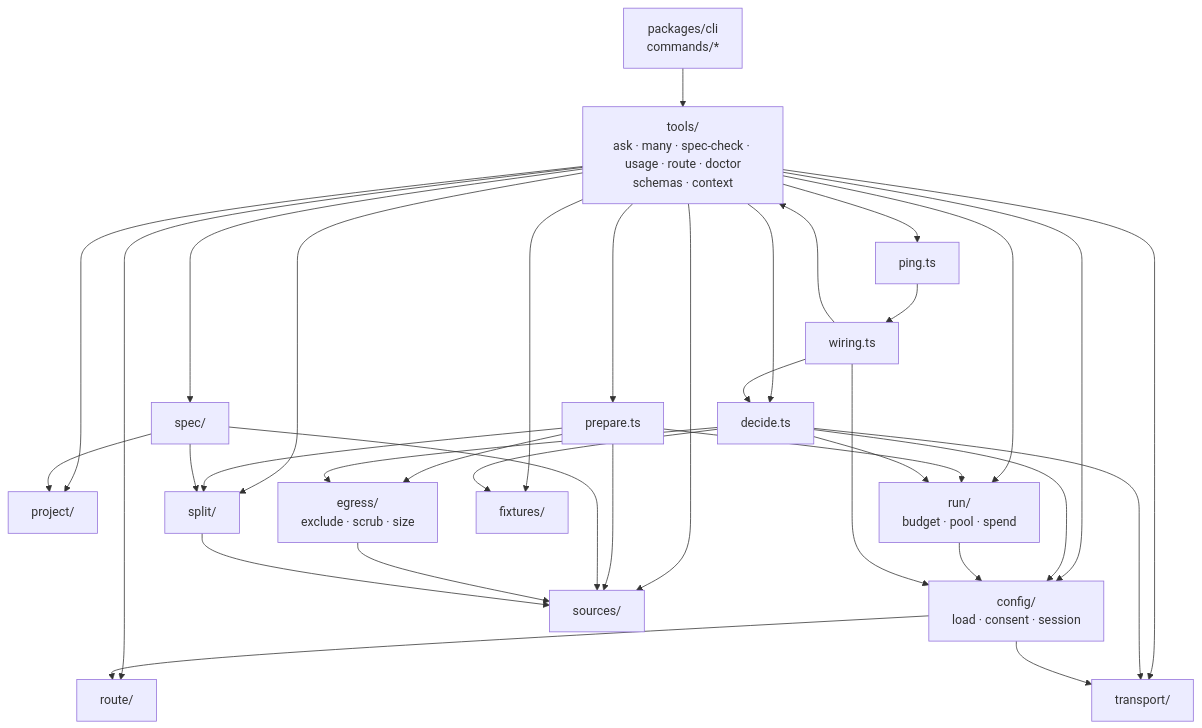
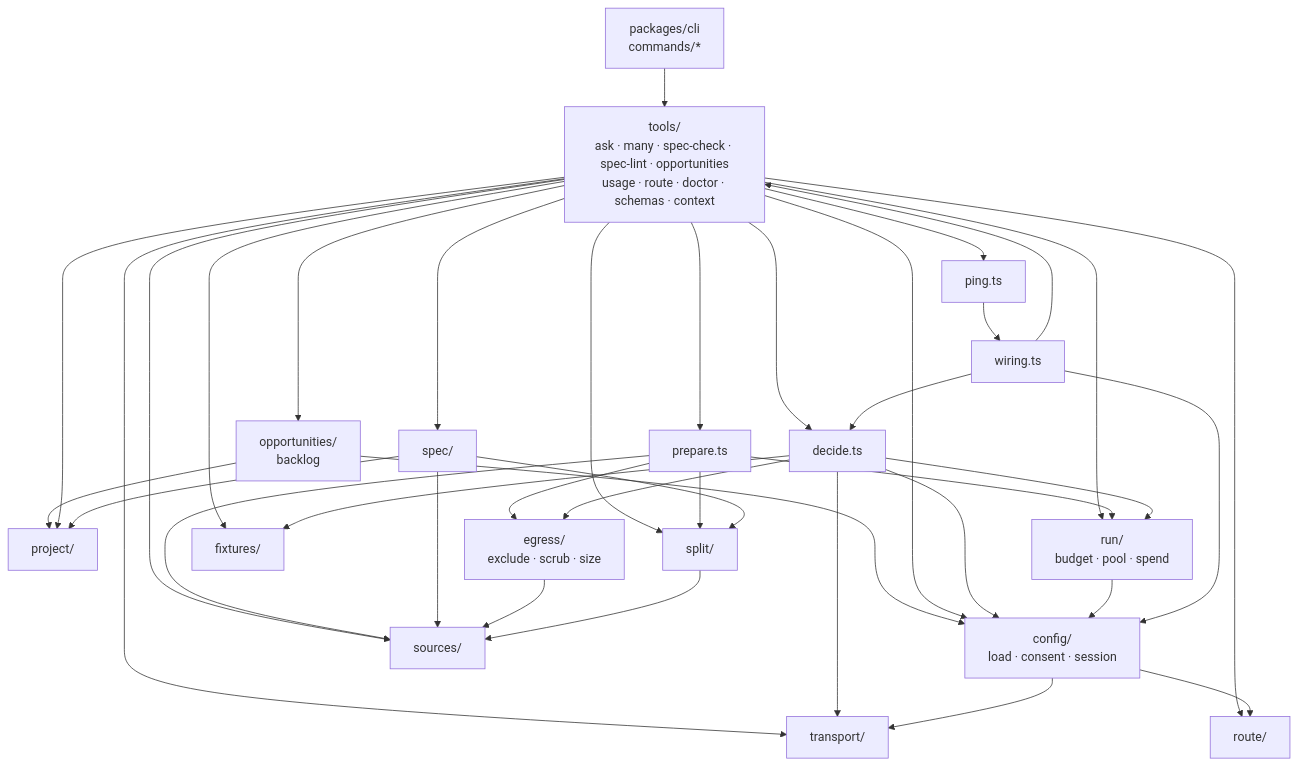
One commit to garygentry/system1 changed the diagram in docs/architecture/building-blocks.md. Above: the diagram before and after it, drawn with Mermaid. The commit also changed other lines of this file and 37 other files, not shown here.

First line of the commit message:
M9 foundation: decide opportunities, spec lint, --exclude (#10)

````diff
--- a/docs/architecture/building-blocks.md
+++ b/docs/architecture/building-blocks.md
@@ -12,54 +12,58 @@
 ```mermaid
 flowchart TB
     cli["packages/cli<br/>commands/*"]
-    tools["tools/<br/>ask · many · spec-check · usage · route · doctor<br/>schemas · context"]
+    tools["tools/<br/>ask · many · spec-check · spec-lint · opportunities<br/>usage · route · doctor · schemas · context"]
+    opps["opportunities/<br/>backlog"]
     prepare["prepare.ts"]
     decide["decide.ts"]
     spec["spec/"]
     project["project/"]
     config["config/<br/>load · consent · session"]
     route["route/"]
     run["run/<br/>budget · pool · spend"]
     egress["egress/<br/>exclude · scrub · size"]
     sources["sources/"]
     split["split/"]
     fixtures["fixtures/"]
     transport["transport/"]
     ping["ping.ts"]
     wiring["wiring.ts"]
 
     cli --> tools
+    tools --> opps
+    opps --> project
+    opps --> config
     tools --> prepare
     tools --> decide
     tools --> spec
     tools --> project
     tools --> config
     tools --> run
     tools --> split
     tools --> sources
     tools --> fixtures
     tools --> transport
     tools --> route
     tools --> ping
     prepare --> sources
     prepare --> split
     prepare --> egress
     prepare --> run
     decide --> config
     decide --> egress
     decide --> fixtures
     decide --> run
     decide --> transport
     spec --> project
     spec --> sources
     spec --> split
     config --> route
     config --> transport
     run --> config
     egress --> sources
     split --> sources
     ping --> wiring
     wiring --> tools
     wiring --> decide
     wiring --> config
 ```
````
